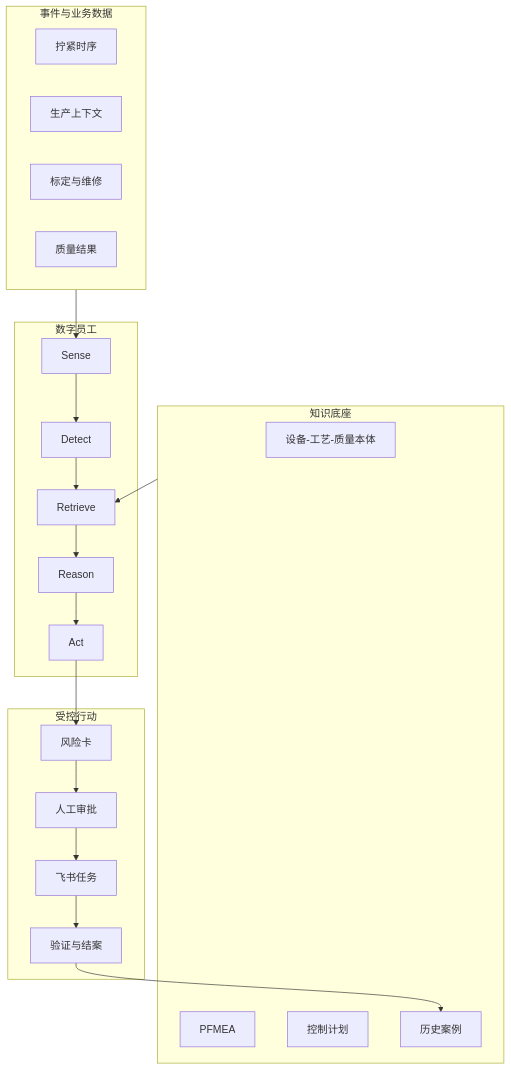
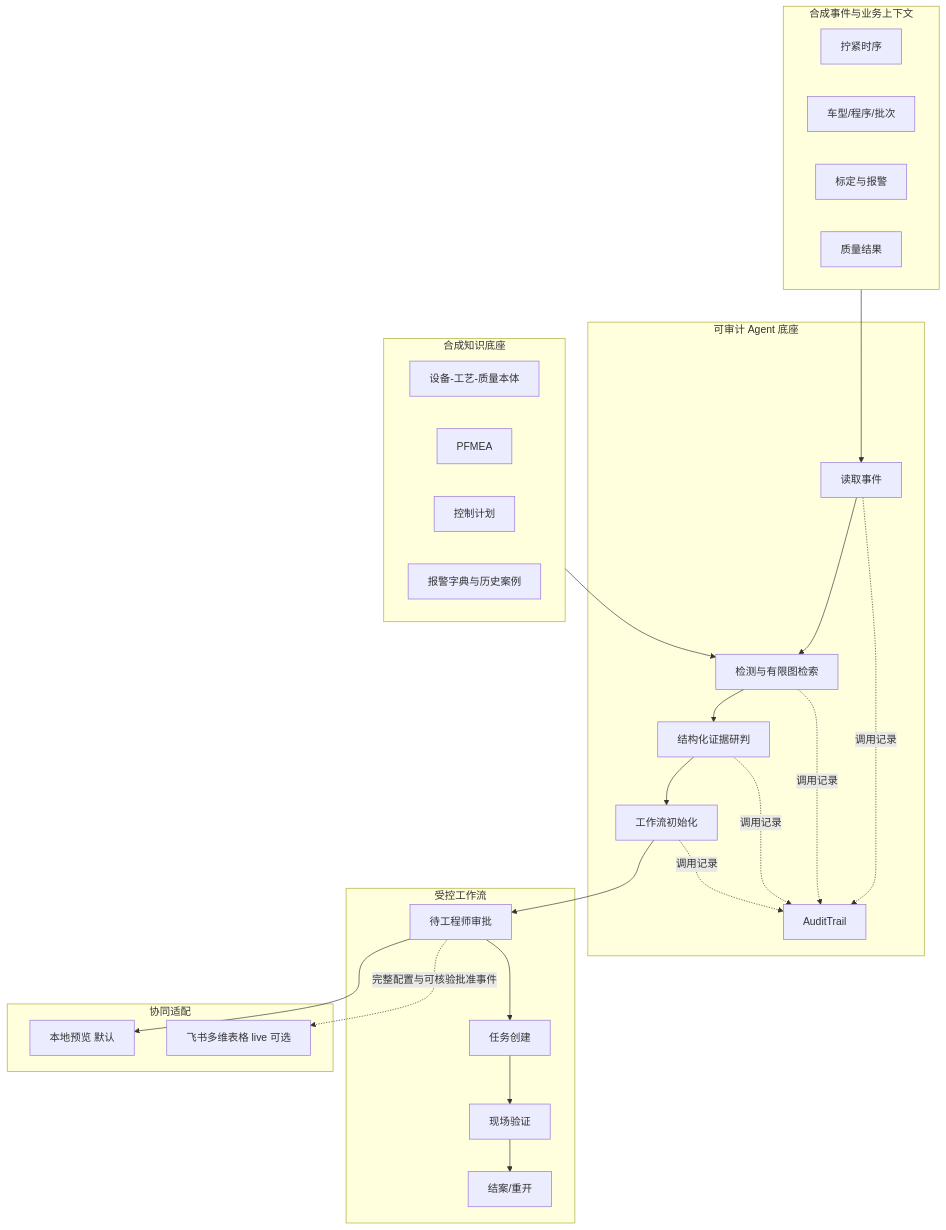
The diagram in docs/architecture.md (Gikemj/tightening-quality-guardian), drawn with Mermaid before and after one commit. The commit also changed other lines of this file and 101 other files, not shown here.

````diff
--- a/docs/architecture.md
+++ b/docs/architecture.md
@@ -11,32 +11,42 @@
 ```mermaid
 flowchart TB
-    subgraph Data[事件与业务数据]
+    subgraph Data[合成事件与业务上下文]
         D1[拧紧时序]
-        D2[生产上下文]
-        D3[标定与维修]
+        D2[车型/程序/批次]
+        D3[标定与报警]
         D4[质量结果]
     end
-    subgraph Knowledge[知识底座]
+    subgraph Knowledge[合成知识底座]
         K1[设备-工艺-质量本体]
         K2[PFMEA]
         K3[控制计划]
-        K4[历史案例]
+        K4[报警字典与历史案例]
     end
-    subgraph Agent[数字员工]
-        A1[Sense]
-        A2[Detect]
-        A3[Retrieve]
-        A4[Reason]
-        A5[Act]
+    subgraph Agent[可审计 Agent 底座]
+        A1[读取事件]
+        A2[检测与有限图检索]
+        A3[结构化证据研判]
+        A4[工作流初始化]
+        AT[AuditTrail]
     end
-    subgraph Workflow[受控行动]
-        W1[风险卡]
-        W2[人工审批]
-        W3[飞书任务]
-        W4[验证与结案]
+    subgraph Workflow[受控工作流]
+        W1[待工程师审批]
+        W2[任务创建]
+        W3[现场验证]
+        W4[结案/重开]
     end
-    Data --> A1 --> A2 --> A3
-    Knowledge --> A3
-    A3 --> A4 --> A5 --> W1 --> W2 --> W3 --> W4
-    W4 --> K4
+    subgraph Integration[协同适配]
+        I1[本地预览 默认]
+        I2[飞书多维表格 live 可选]
+    end
+    Data --> A1 --> A2
+    Knowledge --> A2
+    A2 --> A3 --> A4 --> W1
+    A1 -.调用记录.-> AT
+    A2 -.调用记录.-> AT
+    A3 -.调用记录.-> AT
+    A4 -.调用记录.-> AT
+    W1 --> W2 --> W3 --> W4
+    W1 --> I1
+    W1 -.完整配置与可核验批准事件.-> I2
 ```
````
